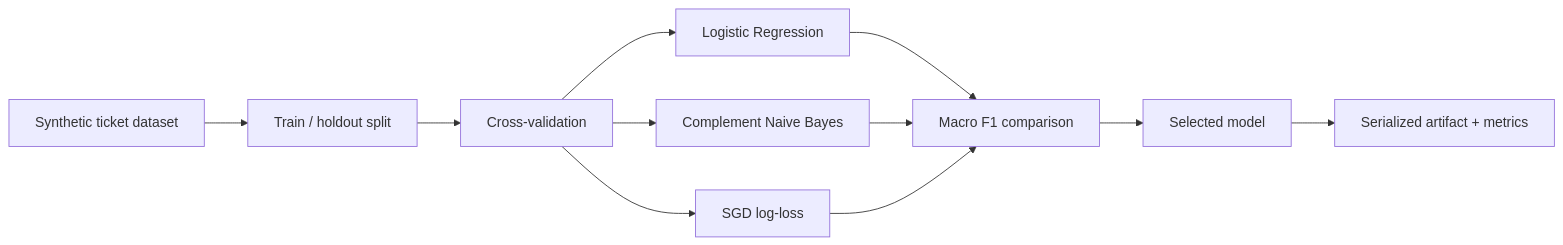
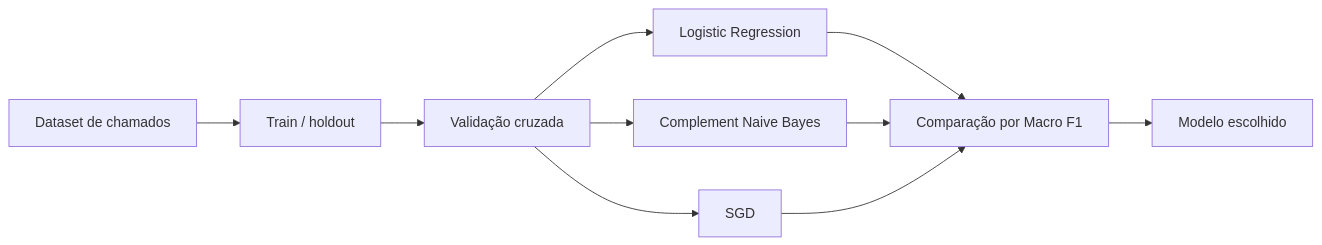
One commit to Clebin0/ai-helpdesk changed the second of 2 diagrams in docs/ARCHITECTURE.md. Above: the diagram before and after it, drawn with Mermaid. The commit also changed other lines of this file, not shown here.

Commit message:
docs: simplify architecture notes

````diff
--- a/docs/ARCHITECTURE.md
+++ b/docs/ARCHITECTURE.md
@@ -25,13 +20,12 @@
 ```mermaid
 flowchart LR
-    A[Synthetic ticket dataset] --> B[Train / holdout split]
-    B --> C[Cross-validation]
+    A[Dataset de chamados] --> B[Train / holdout]
+    B --> C[Validação cruzada]
     C --> D[Logistic Regression]
     C --> E[Complement Naive Bayes]
-    C --> F[SGD log-loss]
-    D --> G[Macro F1 comparison]
+    C --> F[SGD]
+    D --> G[Comparação por Macro F1]
     E --> G
     F --> G
-    G --> H[Selected model]
-    H --> I[Serialized artifact + metrics]
+    G --> H[Modelo escolhido]
 ```
````
